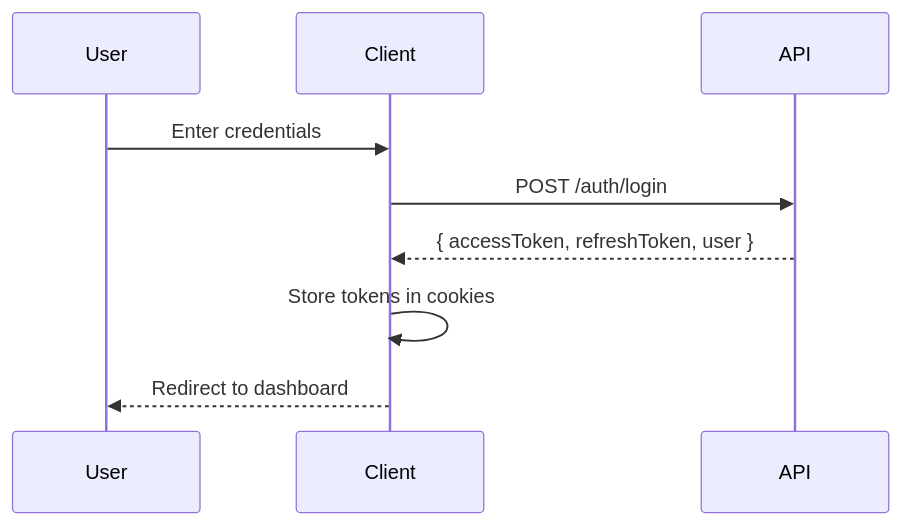
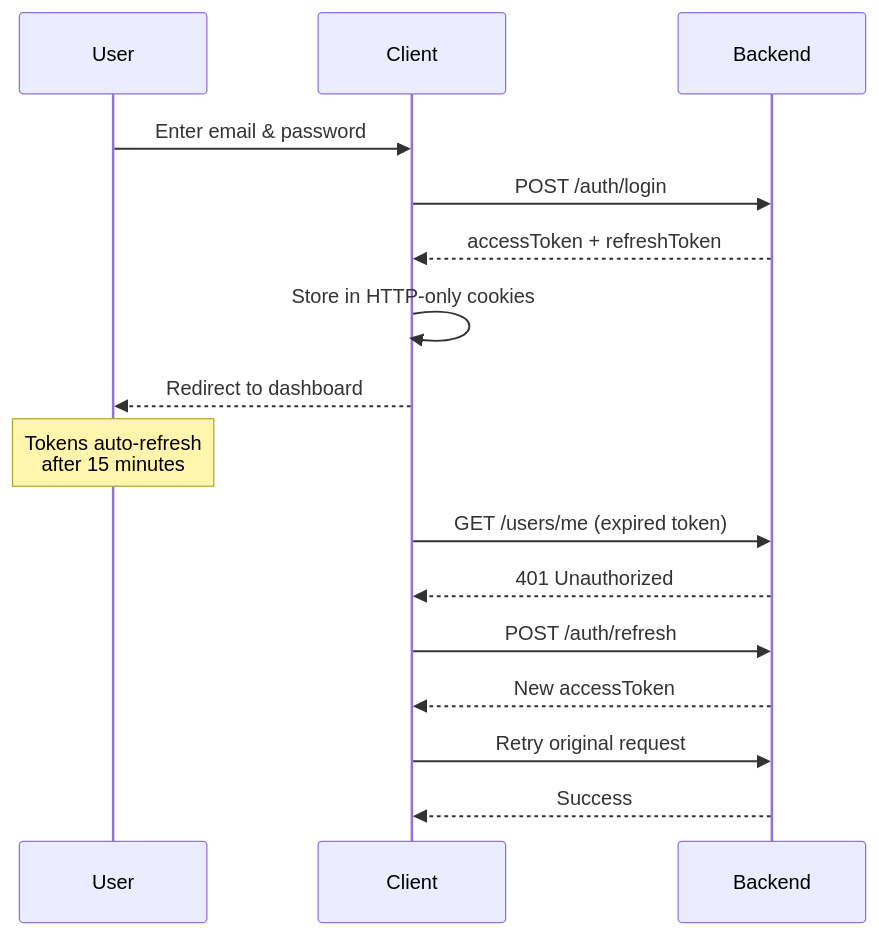
The diagram in client/authentication.mdx (krish-anu/docs), drawn with Mermaid before and after one commit. The commit also changed other lines of this file and 50 other files, not shown here.

````diff
--- a/client/authentication.mdx
+++ b/client/authentication.mdx
@@ -12,12 +14,21 @@
 ```mermaid
 sequenceDiagram
     participant U as User
     participant C as Client
-    participant A as API
+    participant API as Backend
 
-    U->>C: Enter credentials
-    C->>A: POST /auth/login
-    A-->>C: { accessToken, refreshToken, user }
-    C->>C: Store tokens in cookies
+    U->>C: Enter email & password
+    C->>API: POST /auth/login
+    API-->>C: accessToken + refreshToken
+    C->>C: Store in HTTP-only cookies
     C-->>U: Redirect to dashboard
+
+    Note over U: Tokens auto-refresh<br/>after 15 minutes
+
+    C->>API: GET /users/me (expired token)
+    API-->>C: 401 Unauthorized
+    C->>API: POST /auth/refresh
+    API-->>C: New accessToken
+    C->>API: Retry original request
+    API-->>C: Success
 ```
````
